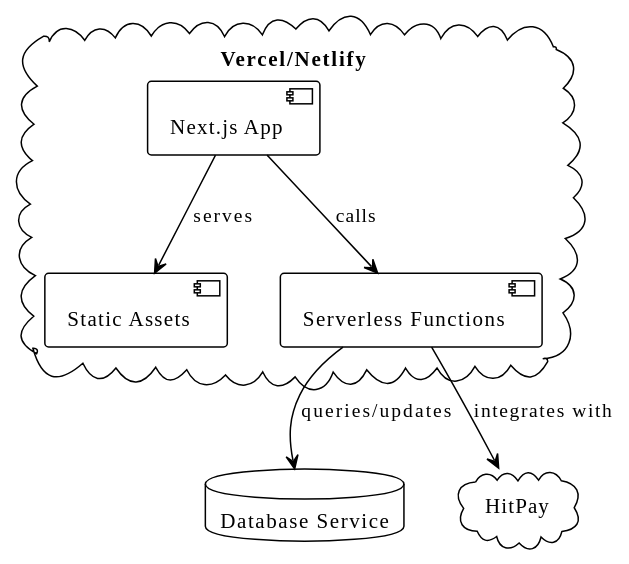
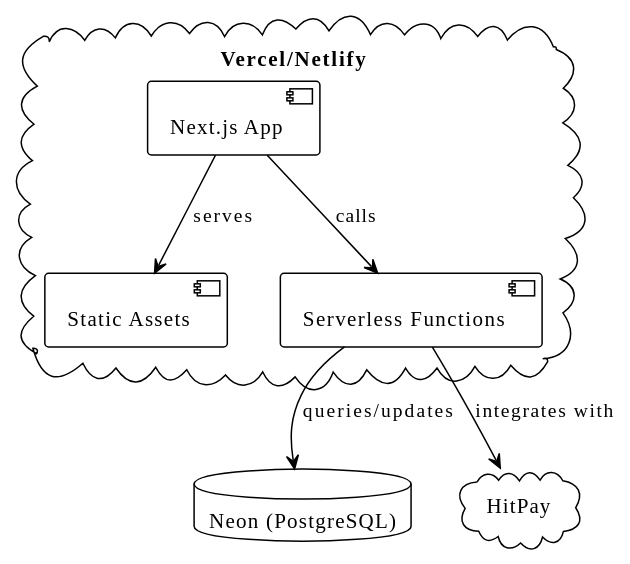
Before and after one commit to mogmyij/webstore: the ninth of 10 diagrams in docs/architech.md, drawn with PlantUML. The commit also changed other lines of this file and 2 other files, not shown here.

````diff
--- a/docs/architech.md
+++ b/docs/architech.md
@@ -373,21 +373,21 @@
 ```plantuml
 @startuml
 !theme plain
 skinparam backgroundColor transparent
 
 cloud "Vercel/Netlify" {
   [Static Assets] as Static
   [Next.js App] as App
   [Serverless Functions] as Functions
 }
 
-database "Database Service" as DB
+database "Neon (PostgreSQL)" as DB
 cloud "HitPay" as HP
 
 [App] --> [Static] : serves
 [App] --> [Functions] : calls
 [Functions] --> [DB] : queries/updates
 [Functions] --> [HP] : integrates with
 
 @enduml
 ```
````
